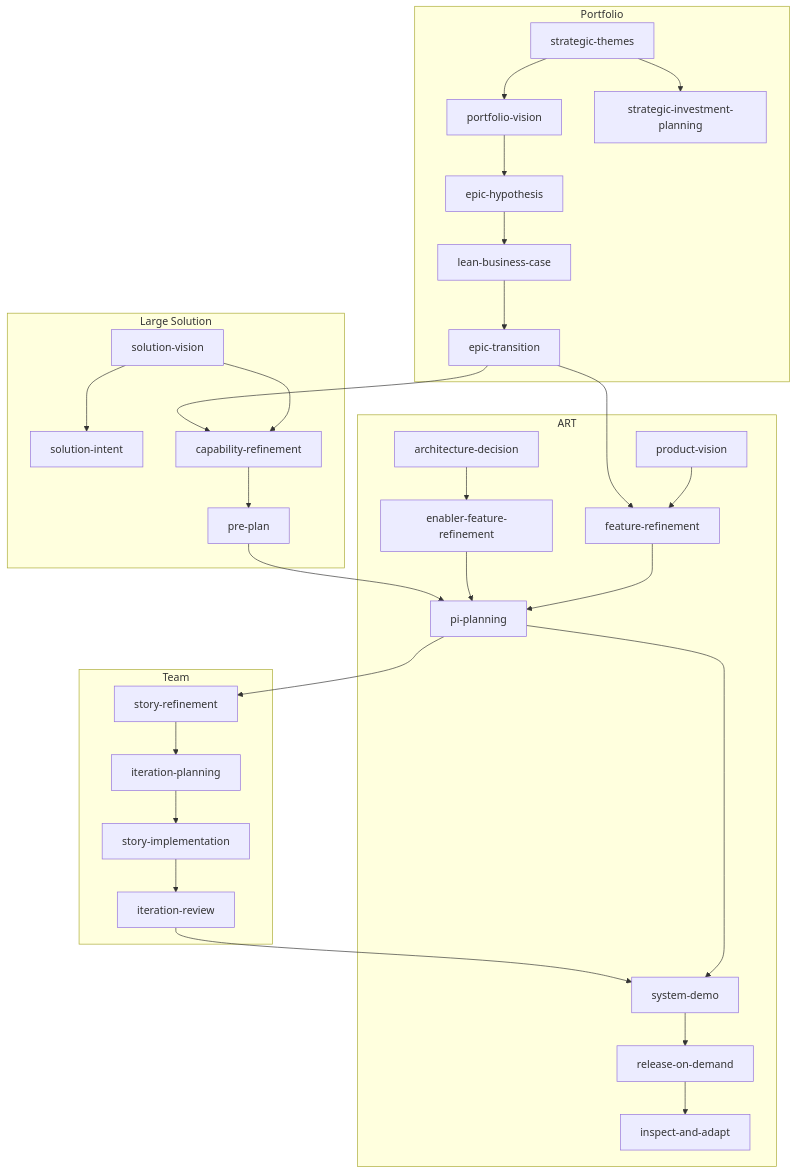
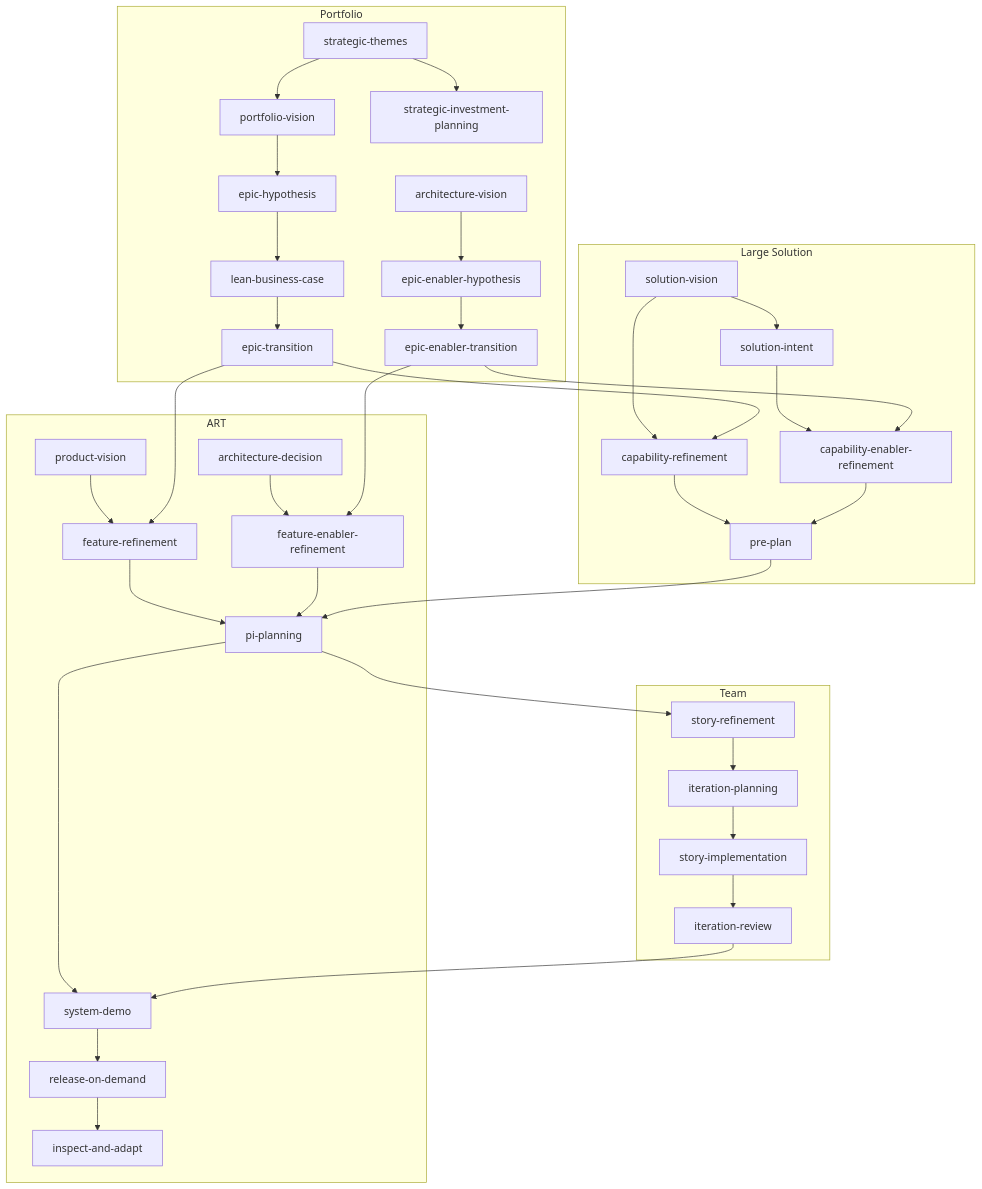
One commit to poesis-cloud/saf-agentic-organization changed the second of 2 diagrams in docs/usage-model.md. Above: the diagram before and after it, drawn with Mermaid. The commit also changed other lines of this file and 210 other files, not shown here.

````diff
--- a/docs/usage-model.md
+++ b/docs/usage-model.md
@@ -99,23 +101,27 @@
 ```mermaid
 flowchart TB
     subgraph Portfolio
         ST[strategic-themes] --> PV[portfolio-vision] --> EH[epic-hypothesis] --> LBC[lean-business-case] --> ET[epic-transition]
         ST --> SIP[strategic-investment-planning]
+        AV[architecture-vision] --> EEH[epic-enabler-hypothesis] --> EET[epic-enabler-transition]
     end
     subgraph LS[Large Solution]
         SV[solution-vision] --> SI[solution-intent]
         SV --> CR[capability-refinement] --> PP[pre-plan]
+        SI --> CER[capability-enabler-refinement] --> PP
     end
     subgraph ART
         PRV[product-vision] --> FR[feature-refinement] --> PI[pi-planning] --> SD[system-demo] --> ROD[release-on-demand] --> IA[inspect-and-adapt]
-        AD[architecture-decision] --> EFR[enabler-feature-refinement] --> PI
+        AD[architecture-decision] --> EFR[feature-enabler-refinement] --> PI
     end
     subgraph Team
         SR[story-refinement] --> IP[iteration-planning] --> IMP[story-implementation] --> IR[iteration-review]
     end
     ET --> CR
     ET --> FR
+    EET --> CER
+    EET --> EFR
     PP --> PI
     PI --> SR
     IR --> SD
 ```
````
